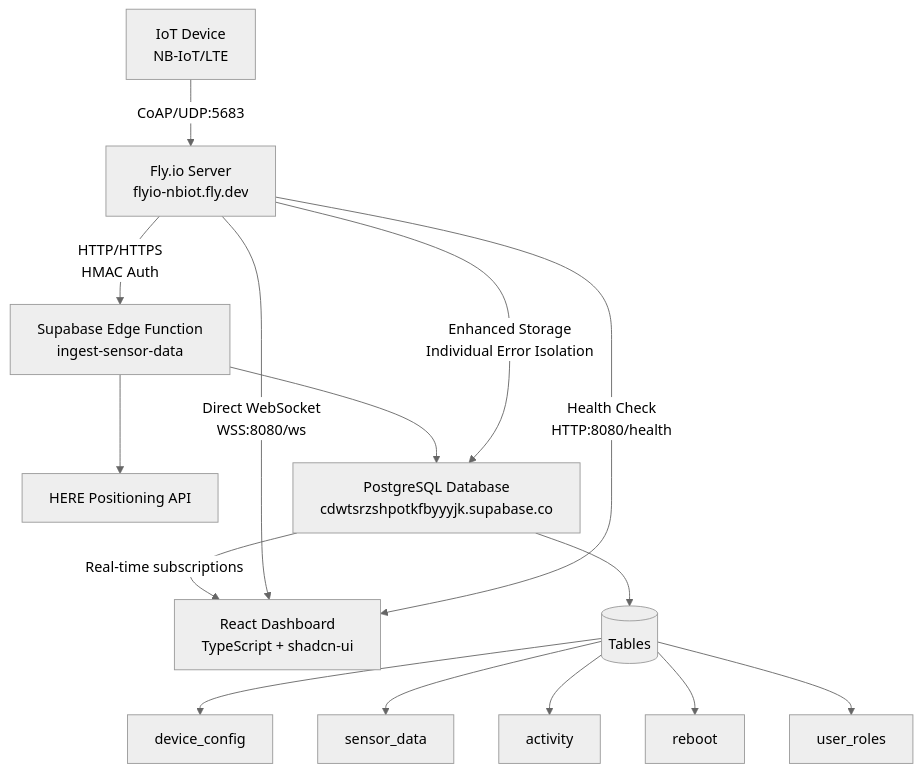
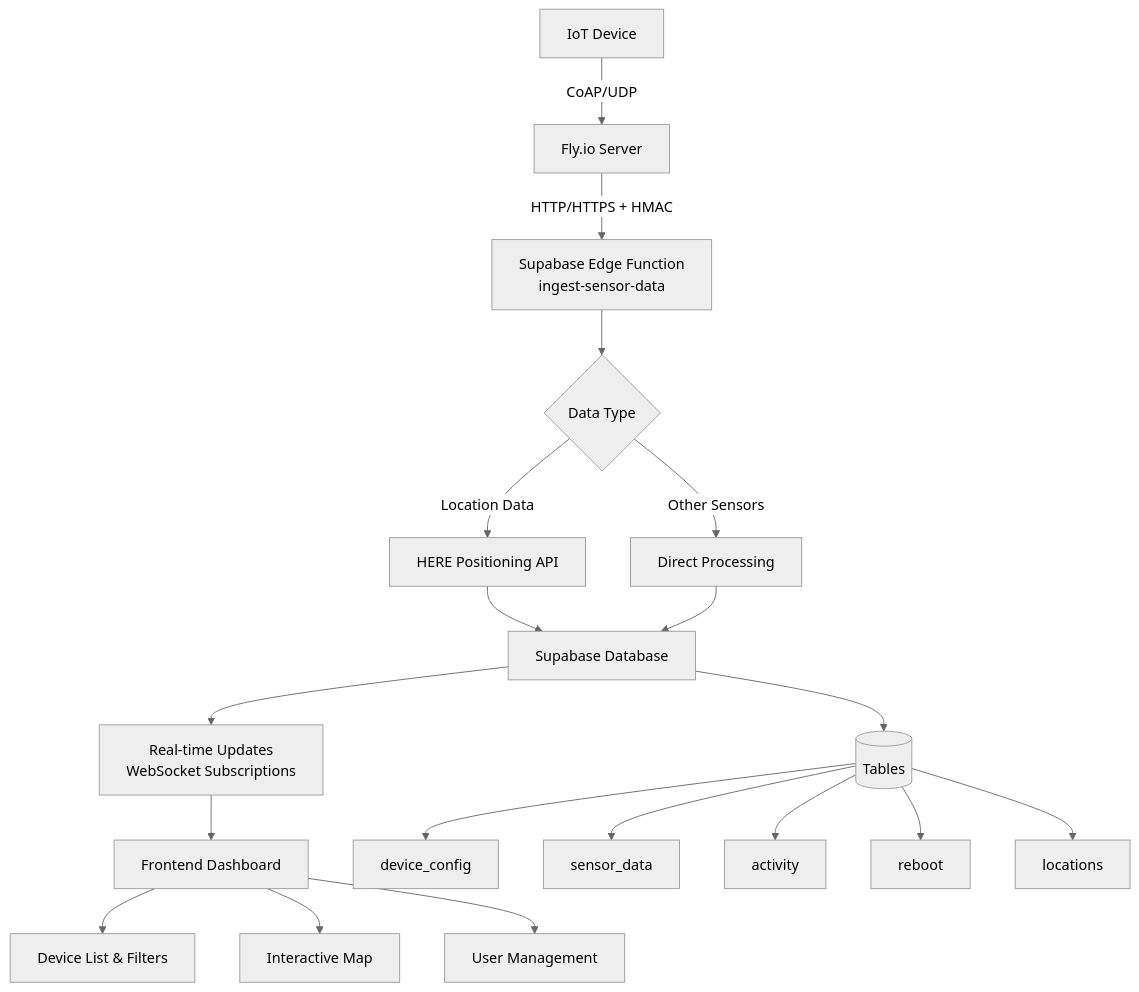
The diagram in pages/architecture/system-overview.mdx (promillen/moc-docs), drawn with Mermaid (neutral theme) before and after one commit. The commit also changed other lines of this file and 32 other files, not shown here.

Commit message:
Updated the whole documentation and made mermaid diagrams zoomable

````diff
--- a/pages/architecture/system-overview.mdx
+++ b/pages/architecture/system-overview.mdx
@@ -7,23 +22,26 @@
 ```mermaid
 flowchart TD
-    A[IoT Device<br/>NB-IoT/LTE] -->|CoAP/UDP:5683| B[Fly.io Server<br/>flyio-nbiot.fly.dev]
-    B -->|HTTP/HTTPS<br/>HMAC Auth| C[Supabase Edge Function<br/>ingest-sensor-data]
-    C --> D[HERE Positioning API]
-    C --> E[PostgreSQL Database<br/>cdwtsrzshpotkfbyyyjk.supabase.co]
-    E -->|Real-time subscriptions| F[React Dashboard<br/>TypeScript + shadcn-ui]
-    
-    %% New WebSocket Live Logging (v2.0)
-    B -->|Direct WebSocket<br/>WSS:8080/ws| F
-    B -->|Health Check<br/>HTTP:8080/health| F
-    
-    G[(Tables)]
-    E --> G
-    G --> H[device_config]
-    G --> I[sensor_data] 
-    G --> J[activity]
-    G --> K[reboot]
-    G --> L[user_roles]
-    
-    %% Enhanced Database Flow (v2.0)
-    B -->|Enhanced Storage<br/>Individual Error Isolation| E
+    A[IoT Device] -->|CoAP/UDP| B[Fly.io Server]
+    B -->|HTTP/HTTPS + HMAC| C[Supabase Edge Function<br/>ingest-sensor-data]
+
+    C --> D{Data Type}
+    D -->|Location Data| E[HERE Positioning API]
+    D -->|Other Sensors| F[Direct Processing]
+
+    E --> G[Supabase Database]
+    F --> G
+
+    G --> H[Real-time Updates<br/>WebSocket Subscriptions]
+    H --> I[Frontend Dashboard]
+
+    G --> J[(Tables)]
+    J --> K[device_config]
+    J --> L[sensor_data]
+    J --> M[activity]
+    J --> N[reboot]
+    J --> O[locations]
+
+    I --> P[Device List & Filters]
+    I --> Q[Interactive Map]
+    I --> R[User Management]
 ```
````
